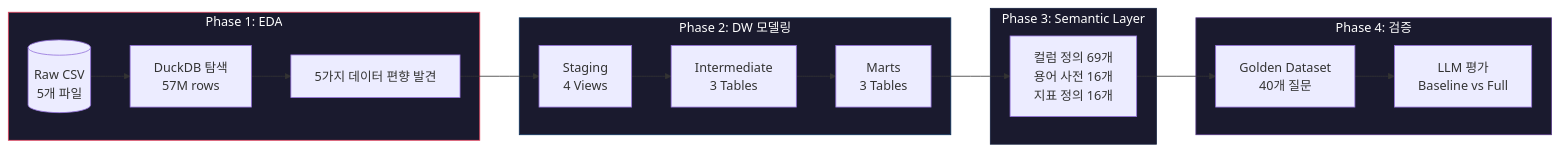
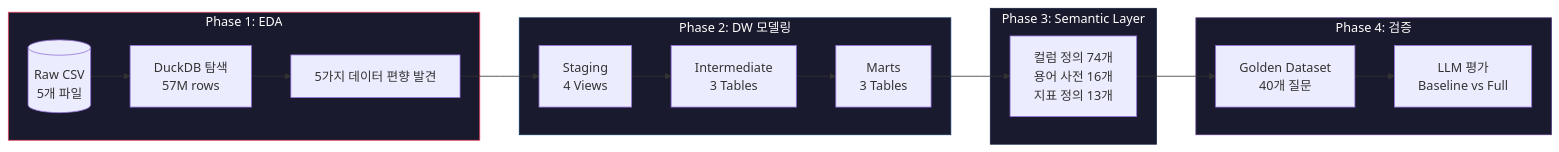
One commit to hansg931/ecommerce-dw changed the first of 2 diagrams in README.md. Above: the diagram before and after it, drawn with Mermaid.

````diff
--- a/README.md
+++ b/README.md
@@ -49,27 +49,27 @@
 ```mermaid
 flowchart LR
     subgraph Phase1["Phase 1: EDA"]
         RAW[(Raw CSV\n5개 파일)] --> EDA["DuckDB 탐색\n57M rows"]
         EDA --> INSIGHT["5가지 데이터 편향 발견"]
     end
 
     subgraph Phase2["Phase 2: DW 모델링"]
         INSIGHT --> STG["Staging\n4 Views"]
         STG --> INT["Intermediate\n3 Tables"]
         INT --> MART["Marts\n3 Tables"]
     end
 
     subgraph Phase3["Phase 3: Semantic Layer"]
-        MART --> SEM["컬럼 정의 69개\n용어 사전 16개\n지표 정의 16개"]
+        MART --> SEM["컬럼 정의 74개\n용어 사전 16개\n지표 정의 13개"]
     end
 
     subgraph Phase4["Phase 4: 검증"]
         SEM --> GOLD["Golden Dataset\n40개 질문"]
         GOLD --> EVAL["LLM 평가\nBaseline vs Full"]
     end
 
     style Phase1 fill:#1a1a2e,stroke:#e94560,color:#fff
     style Phase2 fill:#1a1a2e,stroke:#0f3460,color:#fff
     style Phase3 fill:#1a1a2e,stroke:#16213e,color:#fff
     style Phase4 fill:#1a1a2e,stroke:#533483,color:#fff
 ```
````
